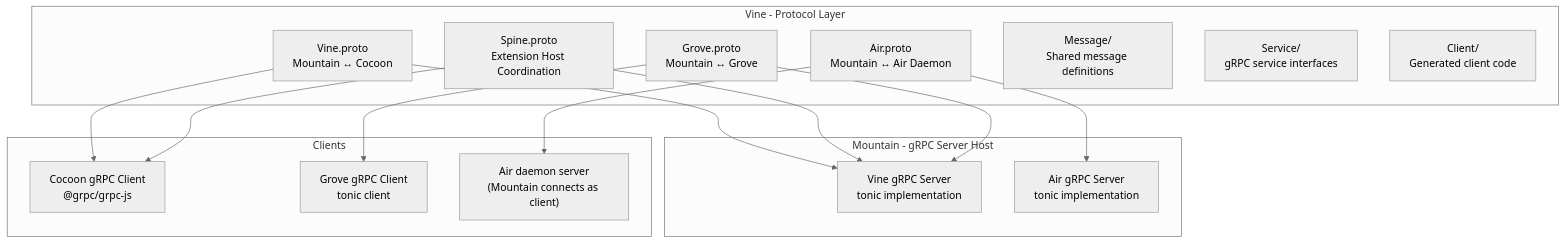
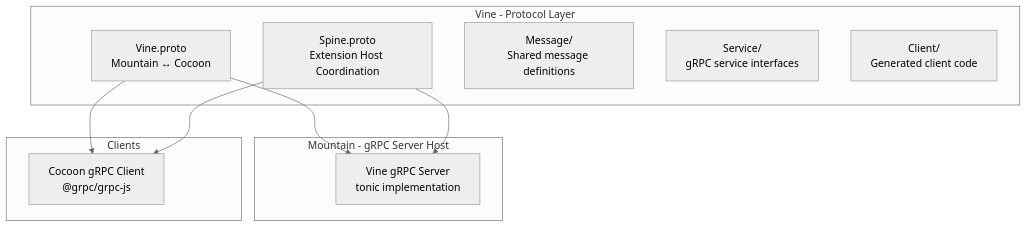
One commit to CodeEditorLand/Vine changed the first of 2 diagrams in Documentation/GitHub/DeepDive.md. Above: the diagram before and after it, drawn with Mermaid (neutral theme). The commit also changed other lines of this file and 2 other files, not shown here.

First line of the commit message:
docs(Project): Remove Grove references from Vine architecture documentation

````diff
--- a/Documentation/GitHub/DeepDive.md
+++ b/Documentation/GitHub/DeepDive.md
@@ -15,32 +15,23 @@
 ```mermaid
 graph TB
     subgraph "Vine - Protocol Layer"
         VineProto["Vine.proto\nMountain ↔ Cocoon"]
         SpineProto["Spine.proto\nExtension Host Coordination"]
-        GroveProto["Grove.proto\nMountain ↔ Grove"]
-        AirProto["Air.proto\nMountain ↔ Air Daemon"]
         MessageTypes["Message/\nShared message definitions"]
         ServiceDefs["Service/\ngRPC service interfaces"]
         ClientStubs["Client/\nGenerated client code"]
     end
 
     subgraph "Mountain - gRPC Server Host"
         VineServer["Vine gRPC Server\ntonic implementation"]
-        AirServer["Air gRPC Server\ntonic implementation"]
     end
 
     subgraph "Clients"
         CocoonClient["Cocoon gRPC Client\n@grpc/grpc-js"]
-        GroveClient["Grove gRPC Client\ntonic client"]
-        AirClient["Air daemon server\n(Mountain connects as client)"]
     end
 
     VineProto --> VineServer
     VineProto --> CocoonClient
     SpineProto --> VineServer
     SpineProto --> CocoonClient
-    GroveProto --> VineServer
-    GroveProto --> GroveClient
-    AirProto --> AirServer
-    AirProto --> AirClient
 ```
````
